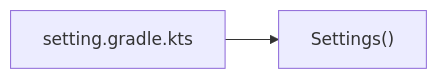
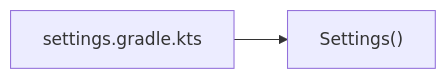
One commit to giwankim/til changed the third of 4 diagrams in build-tool/gradle/authoring-builds.md. Above: the diagram before and after it, drawn with Mermaid. The commit also changed other lines of this file and 50 other files, not shown here.

````diff
--- a/build-tool/gradle/authoring-builds.md
+++ b/build-tool/gradle/authoring-builds.md
@@ -227,4 +227,4 @@
 ```mermaid
 flowchart LR
-  A["setting.gradle.kts"] --> B["Settings()"]
+  A["settings.gradle.kts"] --> B["Settings()"]
 ```
````
